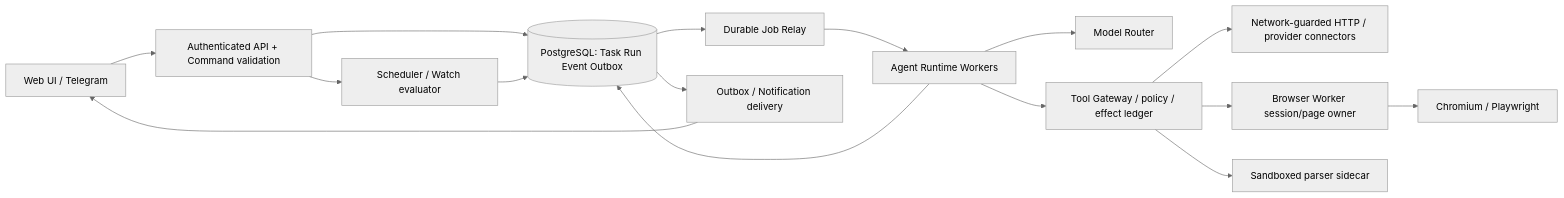
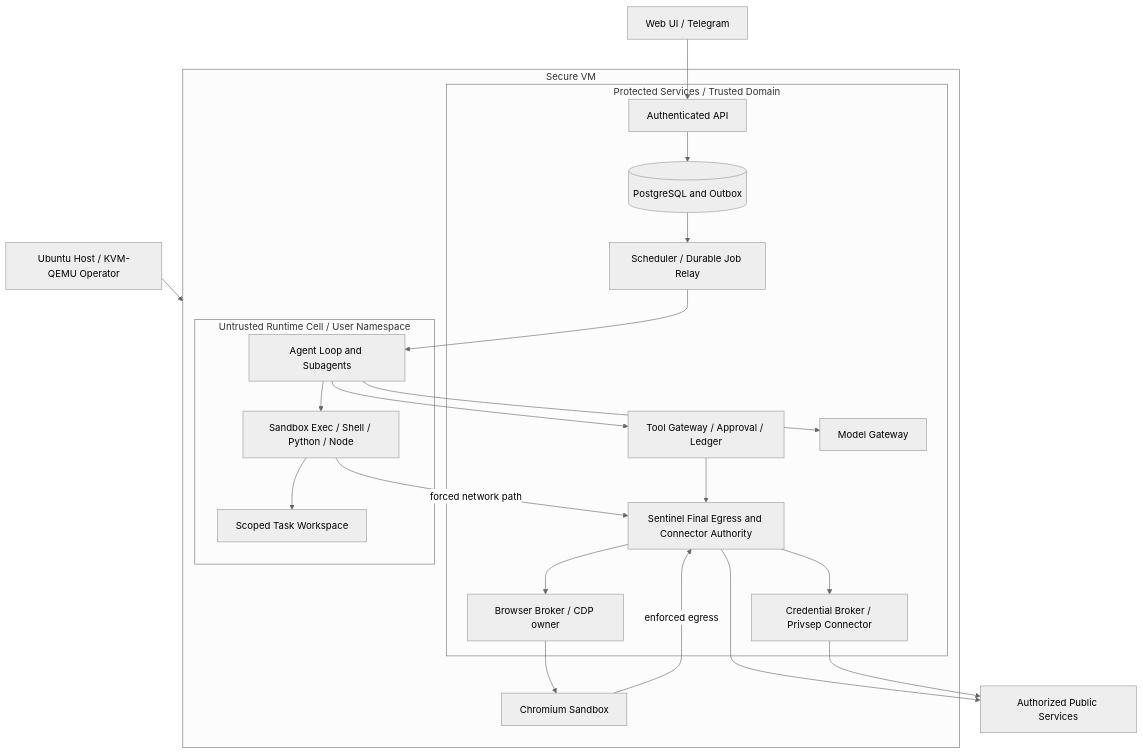
Before and after one commit to choko510/aiagent-md: the first of 2 diagrams in docs/00-foundation/system-architecture.md, drawn with Mermaid (neutral theme). The commit also changed other lines of this file and 8 other files, not shown here.

````diff
--- a/docs/00-foundation/system-architecture.md
+++ b/docs/00-foundation/system-architecture.md
@@ -4,18 +5,27 @@
-```mermaid
-flowchart LR
- U[Web UI / Telegram] --> API[Authenticated API + Command validation]
- API --> PG[(PostgreSQL: Task Run Event Outbox)]
- API --> SCH[Scheduler / Watch evaluator]
- SCH --> PG
- PG --> Q[Durable Job Relay]
- Q --> AR[Agent Runtime Workers]
- AR --> MODEL[Model Router]
- AR --> G[Tool Gateway / policy / effect ledger]
- G --> HTTP[Network-guarded HTTP / provider connectors]
- G --> BW[Browser Worker session/page owner]
- BW --> CB[Chromium / Playwright]
- G --> PS[Sandboxed parser sidecar]
- AR --> PG
- PG --> OB[Outbox / Notification delivery]
- OB --> U
-```
+~~~mermaid
+flowchart TB
+    OP[Ubuntu Host / KVM-QEMU Operator] --> VM[Secure VM]
+    U[Web UI / Telegram] --> API
+    subgraph VM [Secure VM]
+      subgraph PROTECTED [Protected Services / Trusted Domain]
+        API[Authenticated API] --> PG[(PostgreSQL and Outbox)]
+        PG --> Q[Scheduler / Durable Job Relay]
+        GW[Tool Gateway / Approval / Ledger] --> SENT[Sentinel Final Egress and Connector Authority]
+        SENT --> AUTH[Credential Broker / Privsep Connector]
+        SENT --> BB[Browser Broker / CDP owner]
+        MODEL[Model Gateway]
+      end
+      subgraph CELL [Untrusted Runtime Cell / User Namespace]
+        AR[Agent Loop and Subagents] --> EXEC[Sandbox Exec / Shell / Python / Node]
+        EXEC --> WS[Scoped Task Workspace]
+      end
+      Q --> AR
+      AR --> GW
+      AR --> MODEL
+      EXEC -->|forced network path| SENT
+      BB --> CH[Chromium Sandbox]
+      CH -->|enforced egress| SENT
+    end
+    SENT --> INTERNET[Authorized Public Services]
+    AUTH --> INTERNET
+~~~
````
